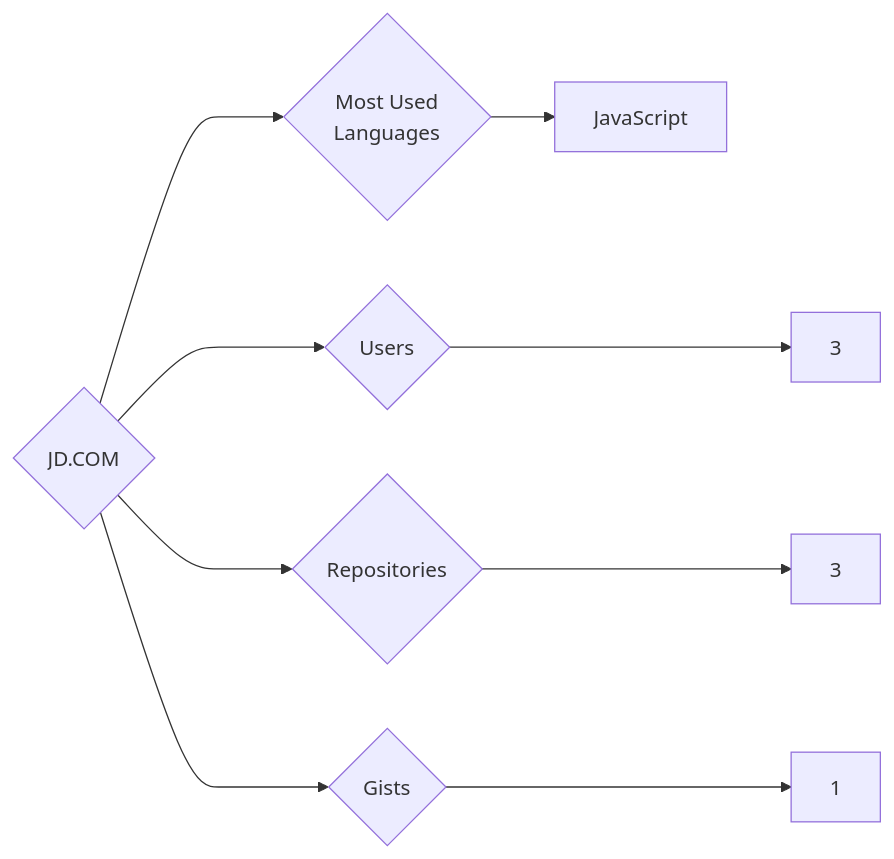
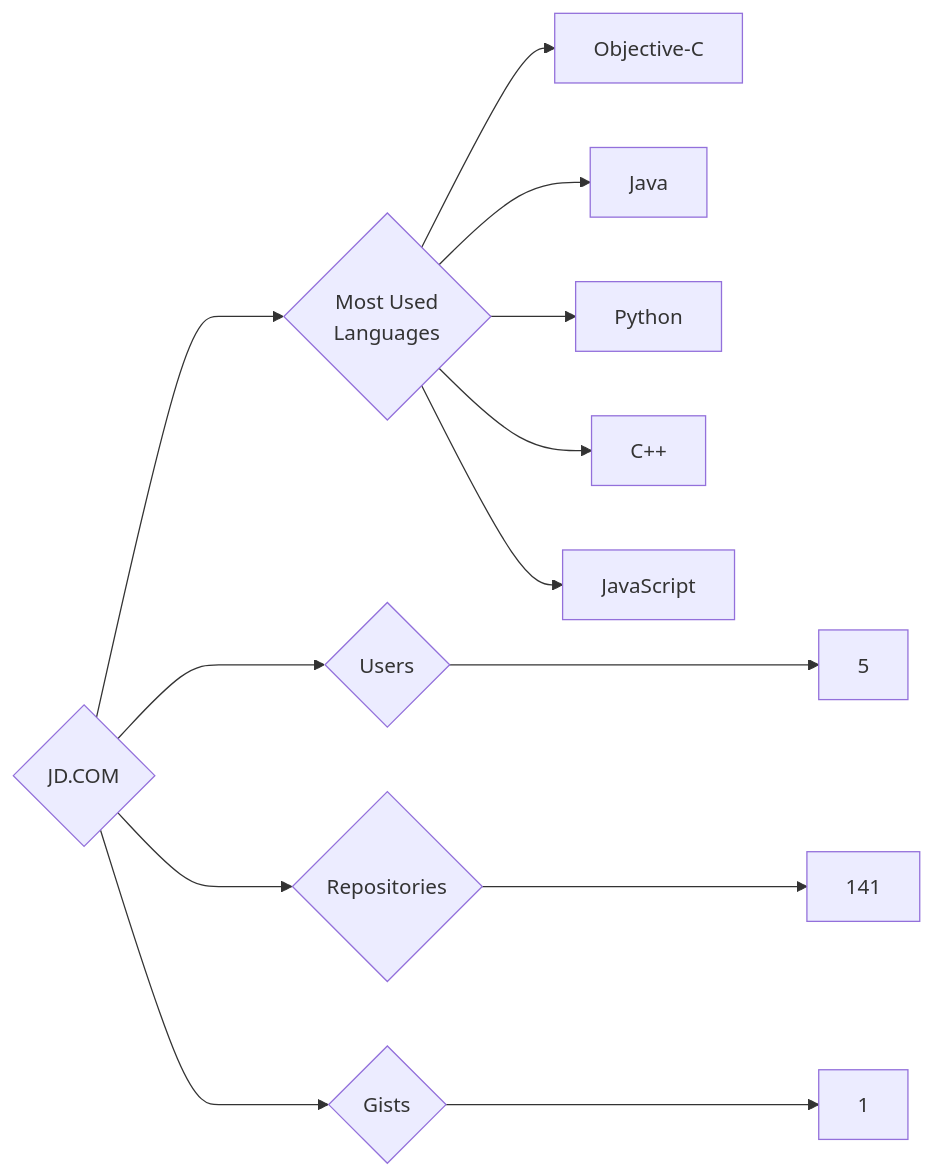
One commit to trickest/insiders changed the diagram in targets/JD.COM/README.md. Above: the diagram before and after it, drawn with Mermaid. The commit also changed 633 other files, not shown here.

````diff
--- a/targets/JD.COM/README.md
+++ b/targets/JD.COM/README.md
@@ -3,9 +3,13 @@
 ```mermaid
 graph LR
 COMPANY_NAME{JD.COM}
-COMPANY_NAME ---> U{Users} ---> UN[3]
-COMPANY_NAME ---> R{Repositories} ---> RN[3]
+COMPANY_NAME ---> U{Users} ---> UN[5]
+COMPANY_NAME ---> R{Repositories} ---> RN[141]
 COMPANY_NAME ---> G{Gists} ---> GN[1]
 COMPANY_NAME ---> ML{Most Used<br>Languages}
+ML --> Objective-C[Objective-C]
+ML --> Java[Java]
+ML --> Python[Python]
+ML --> C++[C++]
 ML --> JavaScript[JavaScript]
 ```
````
